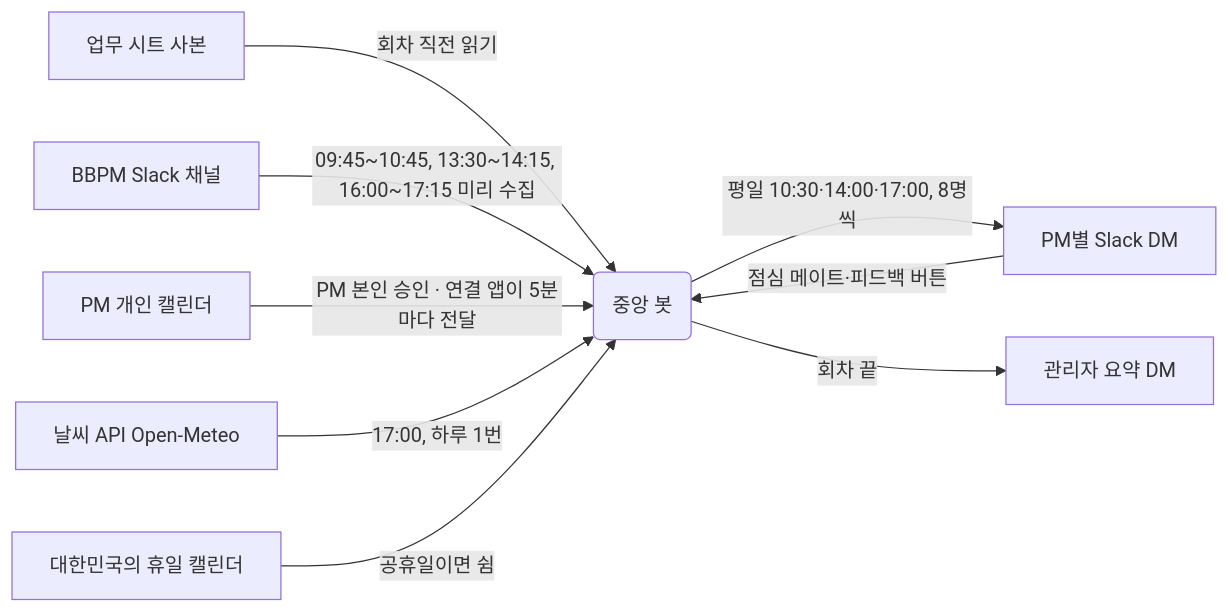
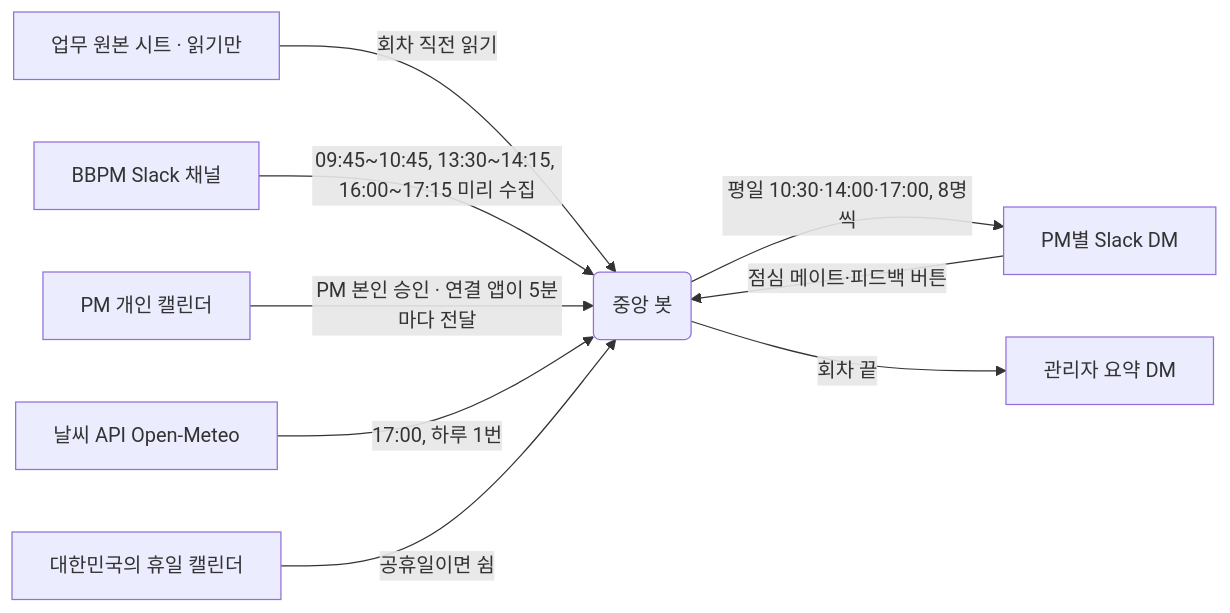
Before and after one commit to brotherweek2/slack-pm-briefing-assistant: the diagram in README.md, drawn with Mermaid. The commit also changed other lines of this file and 12 other files, not shown here.

````diff
--- a/README.md
+++ b/README.md
@@ -54,11 +63,11 @@
 ```mermaid
 flowchart LR
-  A[업무 시트 사본] -->|회차 직전 읽기| C(중앙 봇)
+  A[업무 원본 시트 · 읽기만] -->|회차 직전 읽기| C(중앙 봇)
   B[BBPM Slack 채널] -->|09:45~10:45, 13:30~14:15, 16:00~17:15 미리 수집| C
   D[PM 개인 캘린더] -->|PM 본인 승인 · 연결 앱이 5분마다 전달| C
   C -->|평일 10:30·14:00·17:00, 8명씩| E[PM별 Slack DM]
   C -->|회차 끝| F[관리자 요약 DM]
   E -->|점심 메이트·피드백 버튼| C
   G[날씨 API Open-Meteo] -->|17:00, 하루 1번| C
   H[대한민국의 휴일 캘린더] -->|공휴일이면 쉼| C
 ```
````
